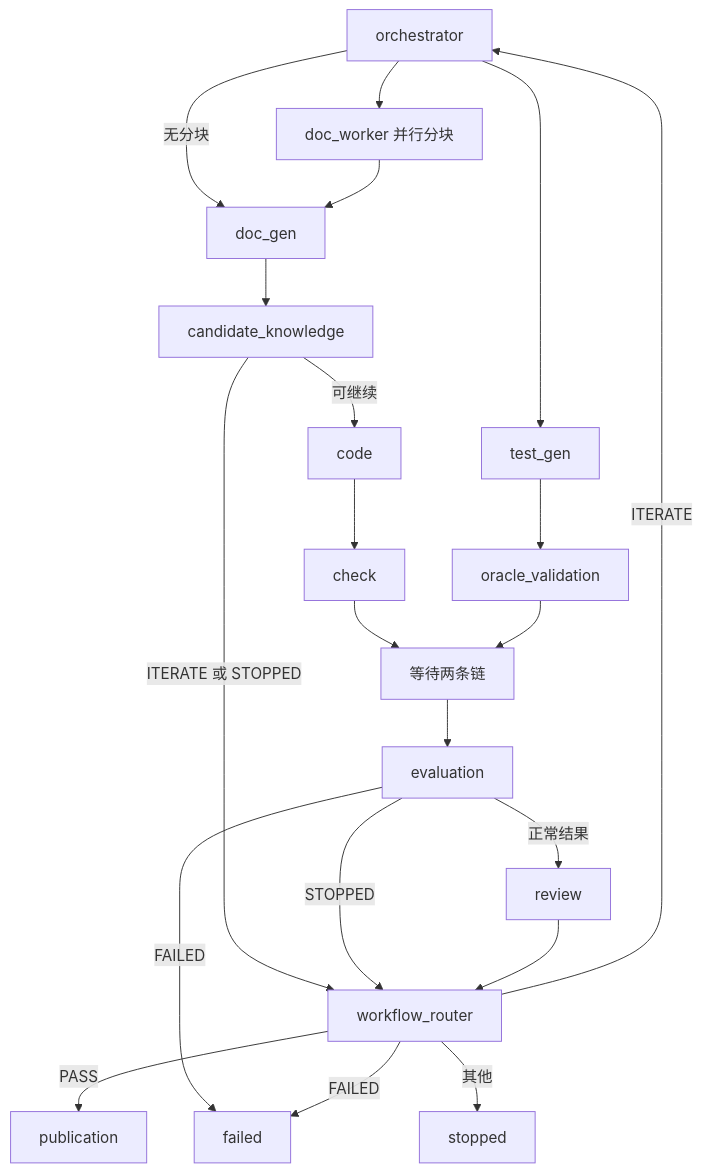
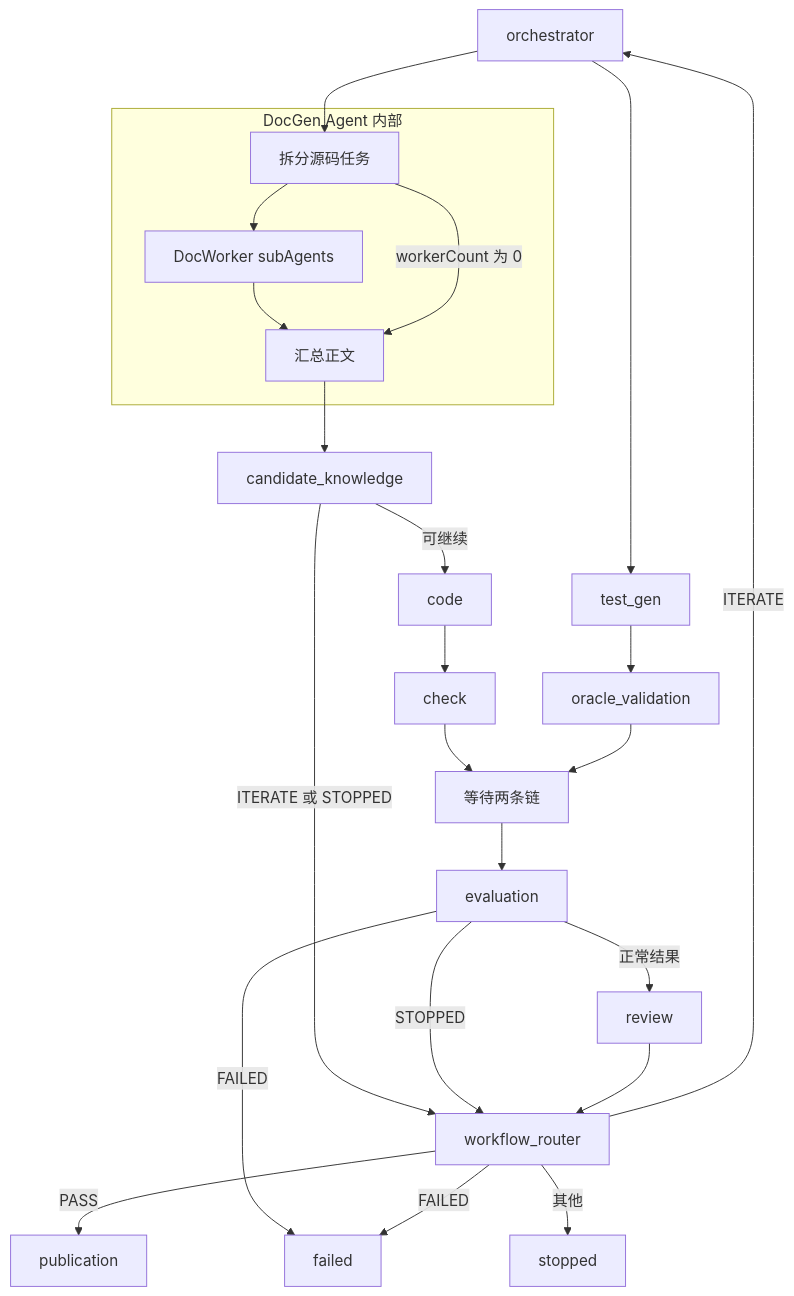
The third of 5 diagrams in docs/diagrams/Views4Plus1.md (linlisWorkTeam/domain-knowledge), drawn with Mermaid before and after one commit. The commit also changed 48 other files, not shown here.

Commit message:
refactor: make DocWorker an internal DocGen subagent

````diff
--- a/docs/diagrams/Views4Plus1.md
+++ b/docs/diagrams/Views4Plus1.md
@@ -43,23 +43,26 @@
 ```mermaid
 flowchart TD
-  O[orchestrator] --> W[doc_worker 并行分块]
-  O -->|无分块| D[doc_gen]
+  O[orchestrator] --> D
   O --> T[test_gen]
-  W --> D
-  D --> Q[candidate_knowledge]
+  subgraph DG[DocGen Agent 内部]
+    D[拆分源码任务] --> W[DocWorker subAgents]
+    W --> G[汇总正文]
+    D -->|workerCount 为 0| G
+  end
+  G --> Q[candidate_knowledge]
   Q -->|可继续| C[code]
   Q -->|ITERATE 或 STOPPED| R[workflow_router]
   C --> K[check]
   T --> V[oracle_validation]
   K --> B[等待两条链]
   V --> B
   B --> E[evaluation]
   E -->|正常结果| RV[review]
   E -->|FAILED| F[failed]
   E -->|STOPPED| R
   RV --> R
   R -->|ITERATE| O
   R -->|PASS| P[publication]
   R -->|FAILED| F
   R -->|其他| S[stopped]
 ```
````
